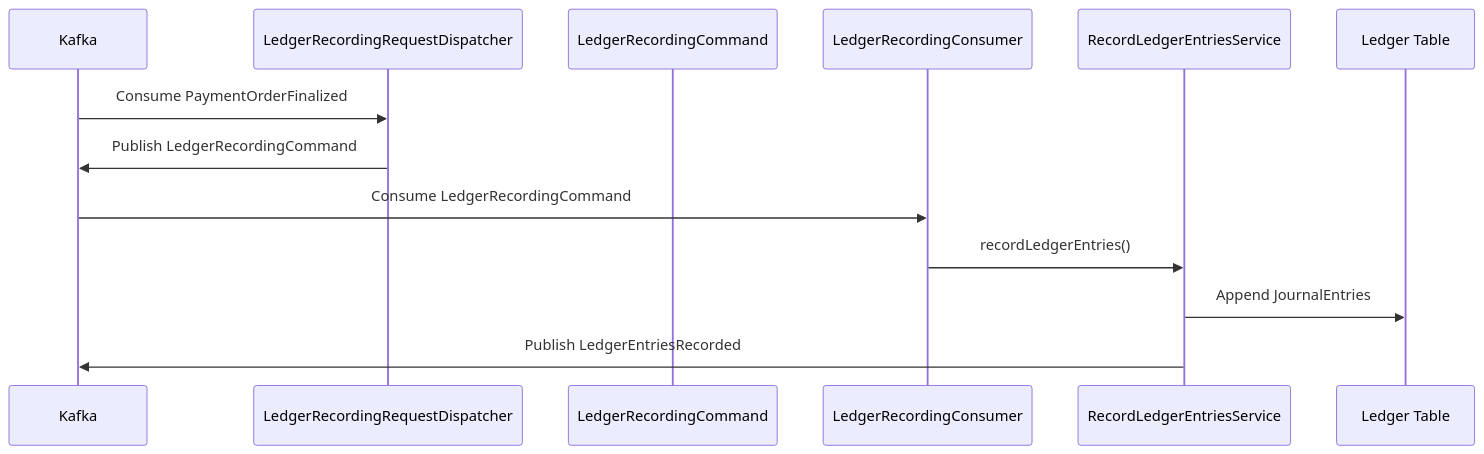
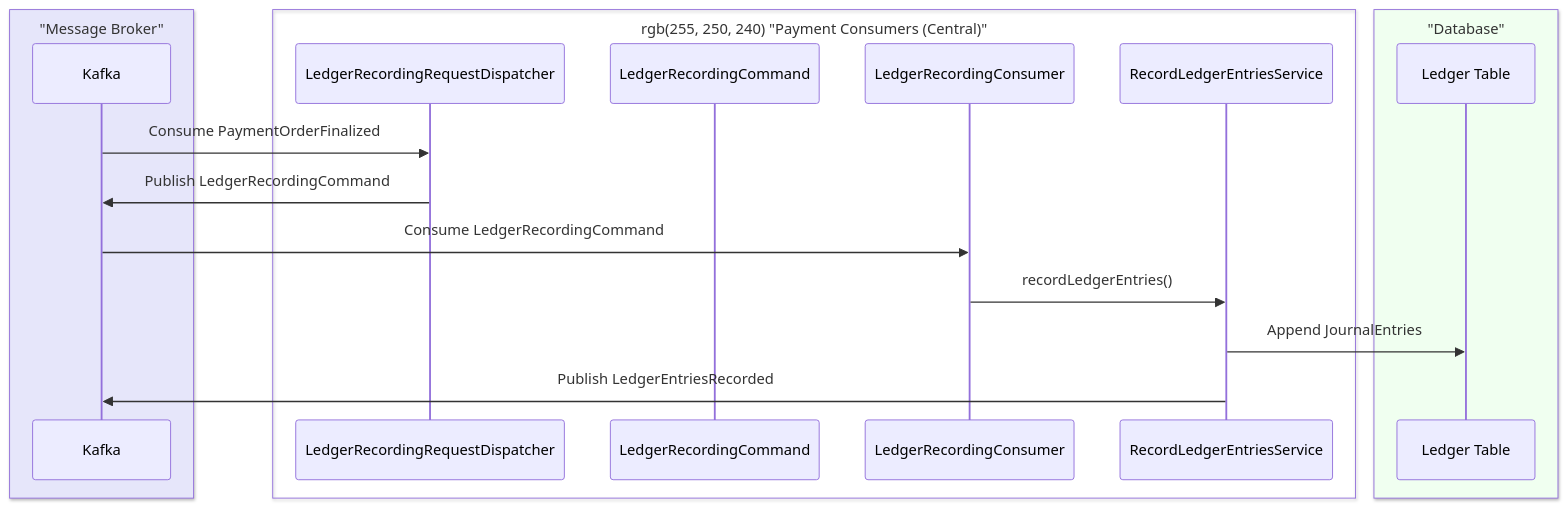
Before and after one commit to dcaglar/ecommerce-platform-kotlin: the fourth of 5 diagrams in docs/architecture/architecture.md, drawn with Mermaid. The commit also changed other lines of this file and 289 other files, not shown here.

Commit message:
introduce a and edge cell which will run  on different hoist, in one edge cell there will be one payment acceptance service, one local-db and one local outbox forwarder

````diff
--- a/docs/architecture/architecture.md
+++ b/docs/architecture/architecture.md
@@ -494,16 +555,24 @@
 ```mermaid
 sequenceDiagram
-    participant Kafka
-    participant Dispatcher as LedgerRecordingRequestDispatcher
-    participant Command as LedgerRecordingCommand
-    participant Consumer as LedgerRecordingConsumer
-    participant Service as RecordLedgerEntriesService
-    participant LedgerDB as Ledger Table
+    box rgb(230, 230, 250) "Message Broker"
+        participant Kafka
+    end
+
+    box rgb(255, 250, 240) "Payment Consumers (Central)"
+        participant Dispatcher as LedgerRecordingRequestDispatcher
+        participant Command as LedgerRecordingCommand
+        participant Consumer as LedgerRecordingConsumer
+        participant Service as RecordLedgerEntriesService
+    end
+
+    box rgb(240, 255, 240) "Database"
+        participant LedgerDB as Ledger Table
+    end
 
     Kafka->>Dispatcher: Consume PaymentOrderFinalized
     Dispatcher->>Kafka: Publish LedgerRecordingCommand
     Kafka->>Consumer: Consume LedgerRecordingCommand
     Consumer->>Service: recordLedgerEntries()
     Service->>LedgerDB: Append JournalEntries
     Service->>Kafka: Publish LedgerEntriesRecorded
 ```
````
